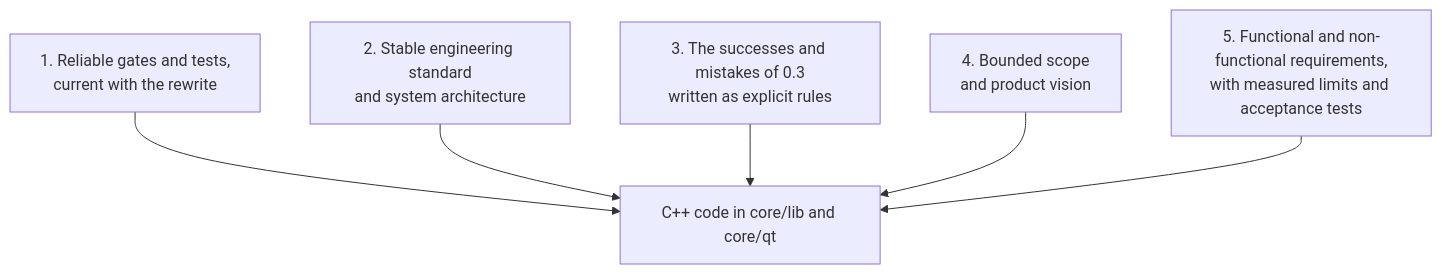
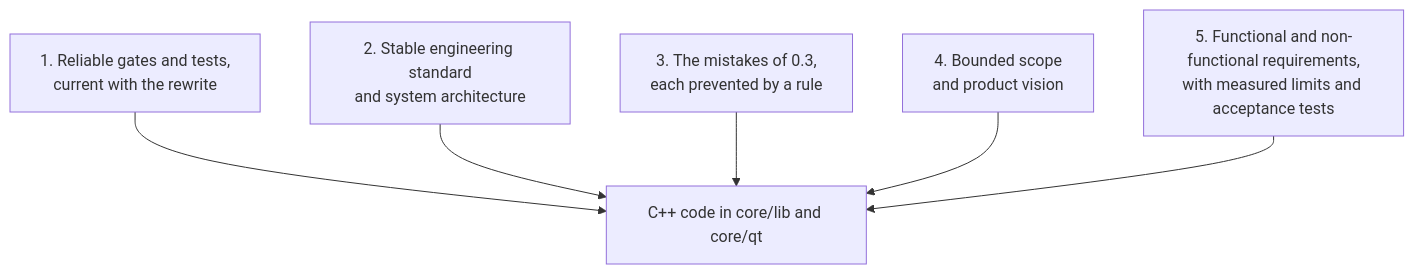
The second of 3 diagrams in README.md (ViktorWalde/KineinVectis), drawn with Mermaid before and after one commit. The commit also changed other lines of this file and 12 other files, not shown here.

````diff
--- a/README.md
+++ b/README.md
@@ -60,9 +55,9 @@
 ```mermaid
 flowchart TD
     C1["1. Reliable gates and tests,<br/>current with the rewrite"] --> CODE
     C2["2. Stable engineering standard<br/>and system architecture"] --> CODE
-    C3["3. The successes and mistakes of 0.3<br/>written as explicit rules"] --> CODE
+    C3["3. The mistakes of 0.3,<br/>each prevented by a rule"] --> CODE
     C4["4. Bounded scope<br/>and product vision"] --> CODE
     C5["5. Functional and non-functional requirements,<br/>with measured limits and acceptance tests"] --> CODE
     CODE["C++ code in core/lib and core/qt"]
 ```
````
